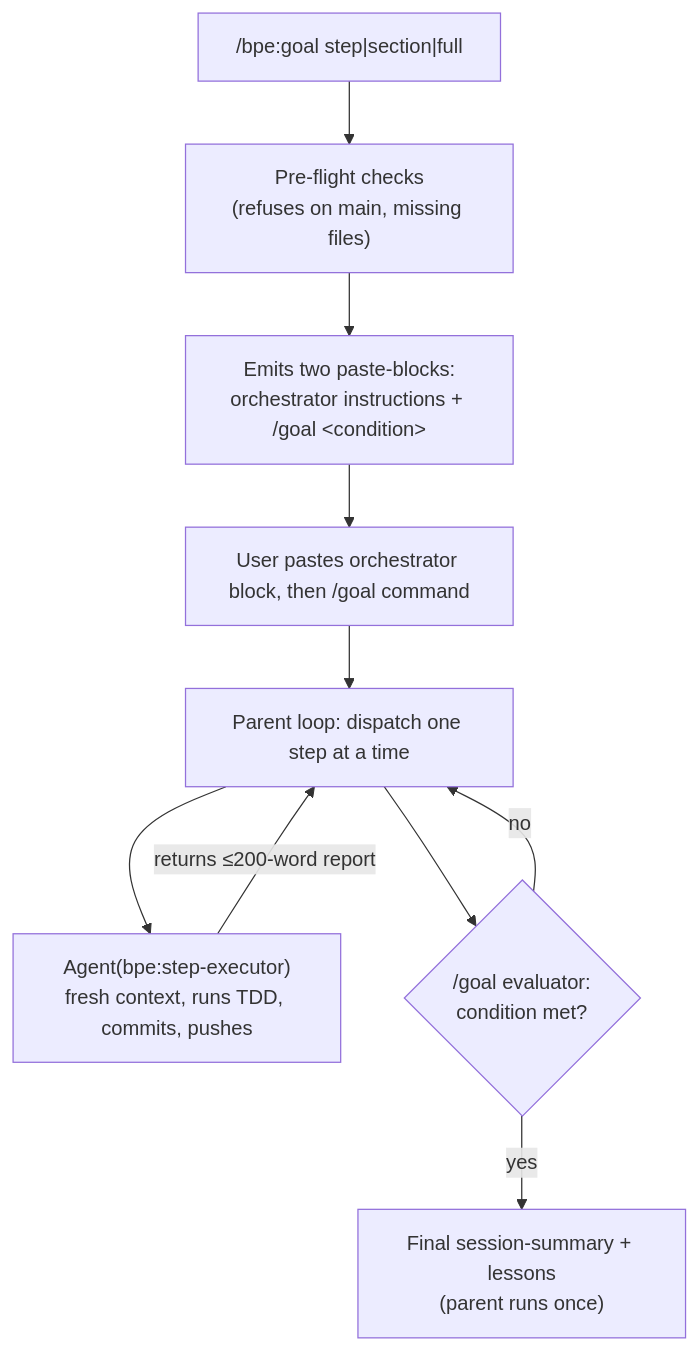
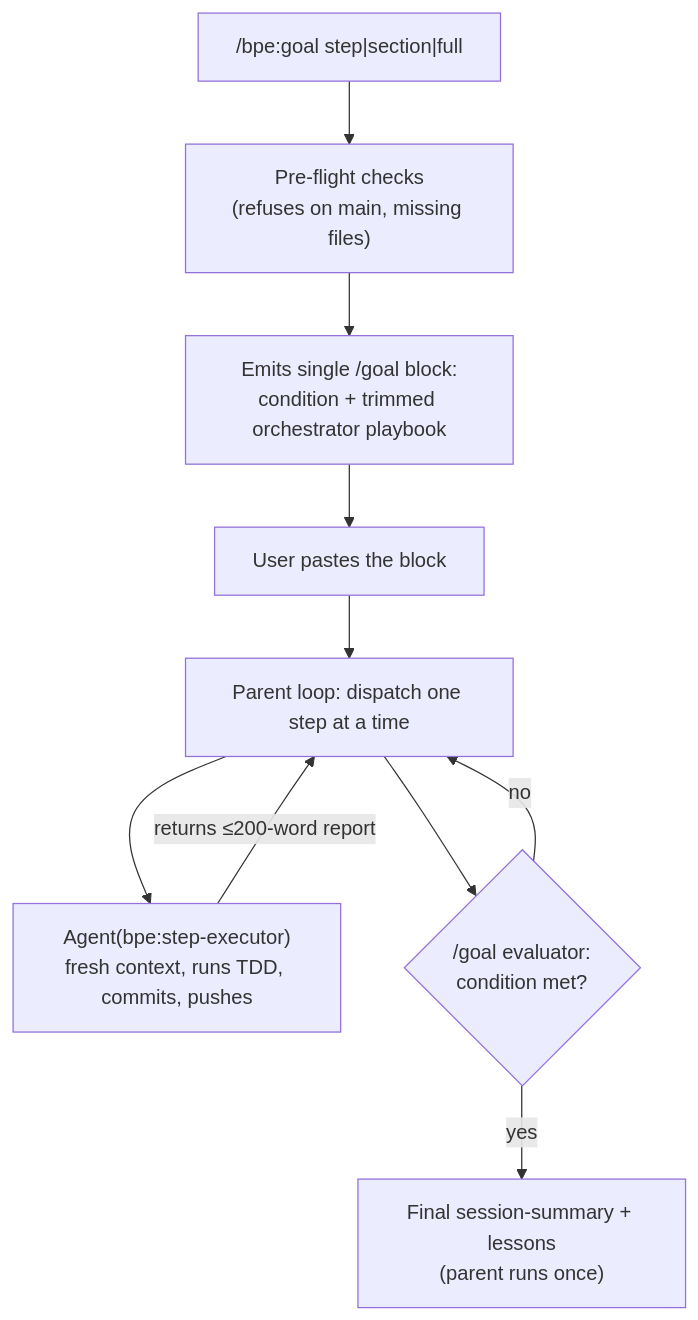
Before and after one commit to MasonEgger/claude-code-plugin: the diagram in bpe/README.md, drawn with Mermaid. The commit also changed other lines of this file and 5 other files, not shown here.

First line of the commit message:
bpe: one-commit-per-dispatch + single-paste /goal block (0.4.4)

````diff
--- a/bpe/README.md
+++ b/bpe/README.md
@@ -48,12 +48,12 @@
 ```mermaid
 flowchart TD
     A["/bpe:goal step|section|full"] --> B["Pre-flight checks<br/>(refuses on main, missing files)"]
-    B --> C["Emits two paste-blocks:<br/>orchestrator instructions + /goal &lt;condition&gt;"]
-    C --> D["User pastes orchestrator block, then /goal command"]
+    B --> C["Emits single /goal block:<br/>condition + trimmed orchestrator playbook"]
+    C --> D["User pastes the block"]
     D --> E["Parent loop: dispatch one step at a time"]
     E --> F["Agent(bpe:step-executor)<br/>fresh context, runs TDD, commits, pushes"]
     F -->|"returns ≤200-word report"| E
     E --> G{"/goal evaluator:<br/>condition met?"}
     G -->|no| E
     G -->|yes| H["Final session-summary + lessons<br/>(parent runs once)"]
 ```
````
